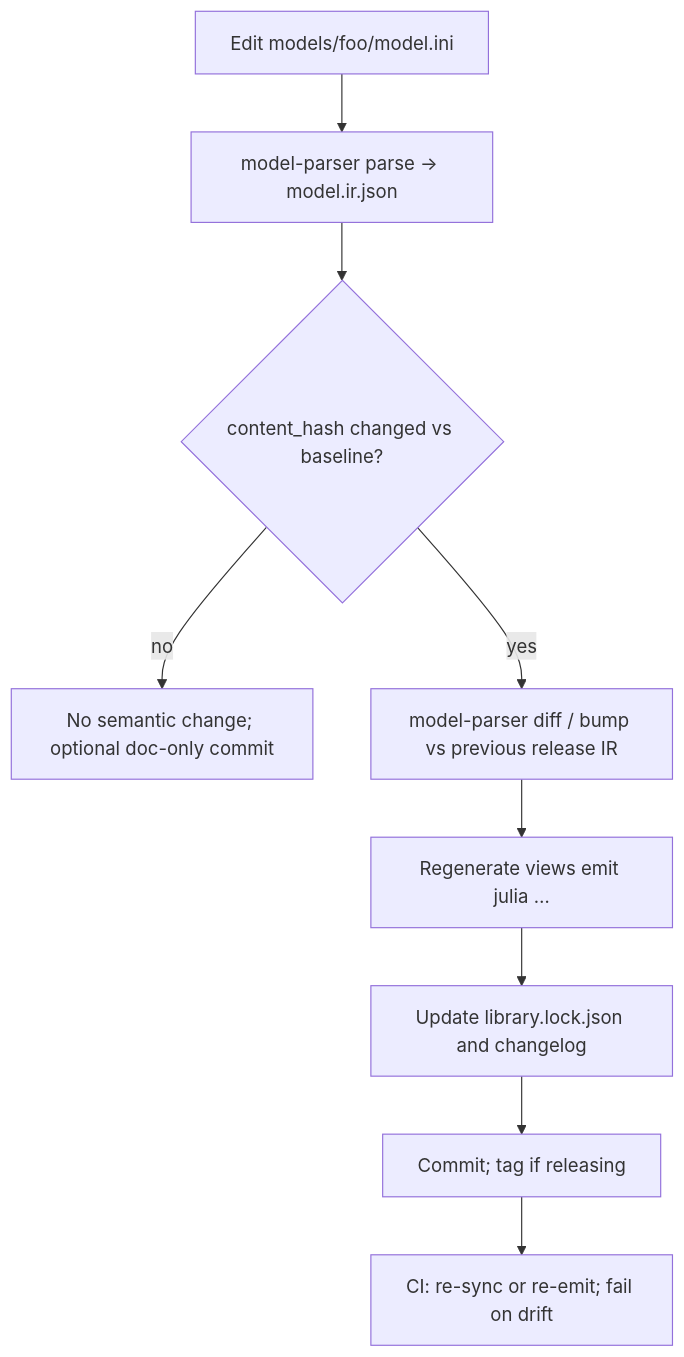
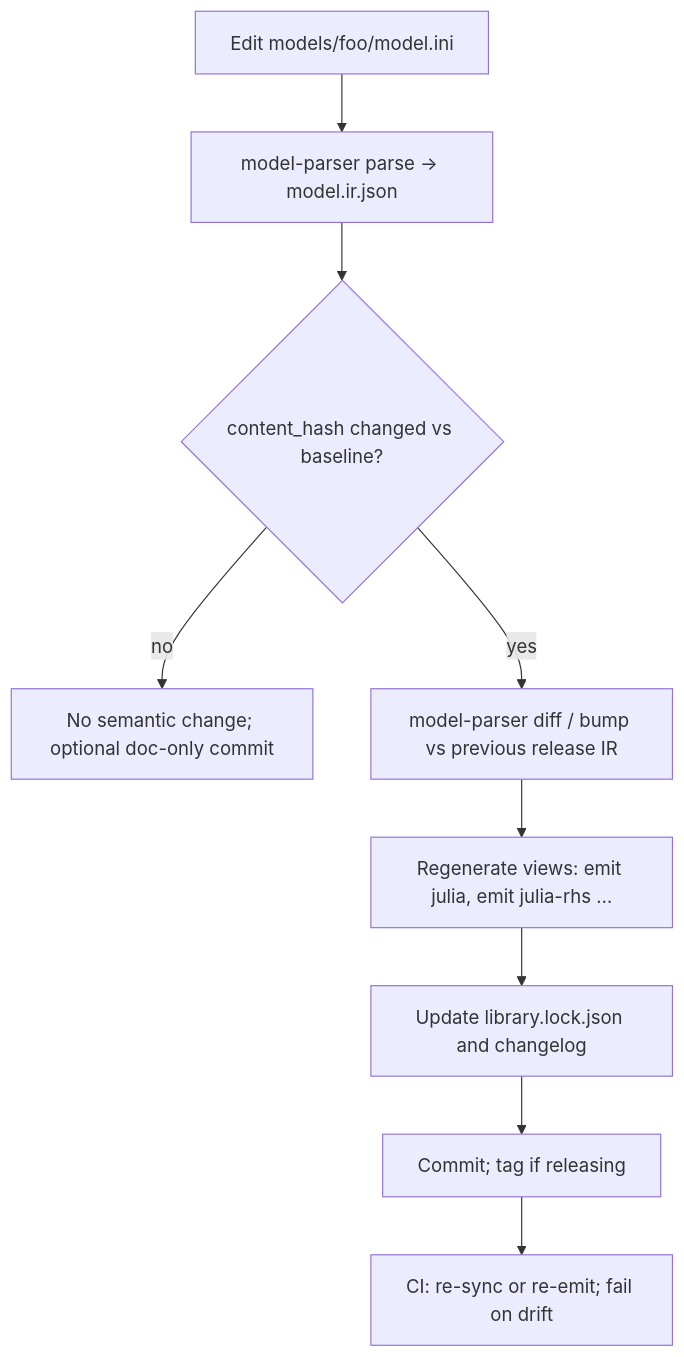
Before and after one commit to Advanced-Process-Control/model-parser: the diagram in docs/design/model-library-and-versioning.md, drawn with Mermaid. The commit also changed other lines of this file and 20 other files, not shown here.

First line of the commit message:
feat(emit): add julia-rhs numerical ODE view

````diff
--- a/docs/design/model-library-and-versioning.md
+++ b/docs/design/model-library-and-versioning.md
@@ -83,11 +84,11 @@
 ```mermaid
 flowchart TD
     A[Edit models/foo/model.ini] --> B[model-parser parse → model.ir.json]
     B --> C{content_hash changed vs baseline?}
     C -- no --> Z[No semantic change; optional doc-only commit]
     C -- yes --> D[model-parser diff / bump vs previous release IR]
-    D --> E[Regenerate views emit julia …]
+    D --> E[Regenerate views: emit julia, emit julia-rhs …]
     E --> F[Update library.lock.json and changelog]
     F --> G[Commit; tag if releasing]
     G --> H[CI: re-sync or re-emit; fail on drift]
 ```
````
